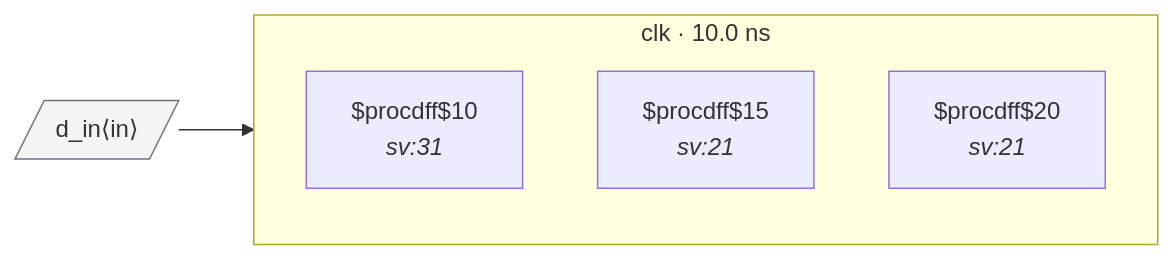
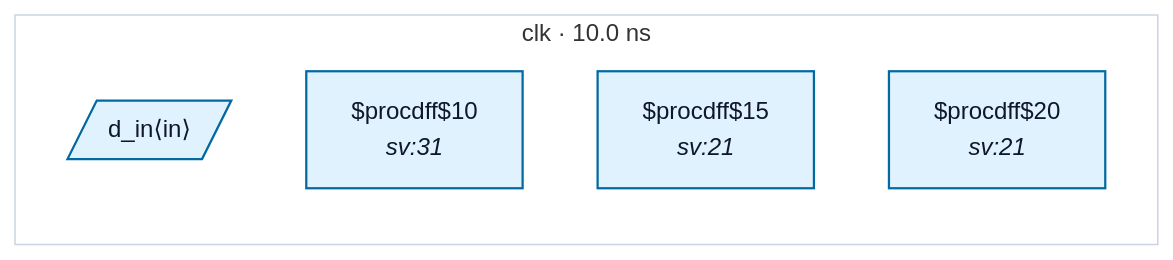
One commit to rtl-buddy/rtl-buddy-cdc changed the diagram in tests/fixtures/good_derived_async_reset_synced/README.md. Above: the diagram before and after it, drawn with Mermaid. The commit also changed 71 other files, not shown here.

````diff
--- a/tests/fixtures/good_derived_async_reset_synced/README.md
+++ b/tests/fixtures/good_derived_async_reset_synced/README.md
@@ -16,13 +16,15 @@
 ```mermaid
 %% good_derived_async_reset_synced — generated by rtl-buddy-cdc render
 flowchart LR
   subgraph clk_clk["clk · 10.0 ns"]
     direction TB
-    f_051d7d1e["$procdff$10<br/><i>sv:31</i>"]
-    f_a07274a5["$procdff$15<br/><i>sv:21</i>"]
-    f_eb98a246["$procdff$20<br/><i>sv:21</i>"]
+    p_in_d_in[/"d_in⟨in⟩"/]:::ckcls_clk
+    f_051d7d1e["$procdff$10<br/><i>sv:31</i>"]:::ckcls_clk
+    f_a07274a5["$procdff$15<br/><i>sv:21</i>"]:::ckcls_clk
+    f_eb98a246["$procdff$20<br/><i>sv:21</i>"]:::ckcls_clk
   end
-  p_in_d_in[/"d_in⟨in⟩"/]:::port
-  p_in_d_in --> f_051d7d1e
-  classDef port fill:#f4f4f5,stroke:#71717a
+  style clk_clk fill:none,stroke:#cbd5e1
+  classDef ckcls_clk fill:#e0f2fe,stroke:#0369a1,stroke-width:1.5px,color:#0f172a
+  classDef port_unassigned fill:#f4f4f5,stroke:#71717a,color:#0f172a
+  classDef ckcls_legend_neutral fill:#ffffff,stroke:#cbd5e1,stroke-width:1px,color:#0f172a
 ```
````
